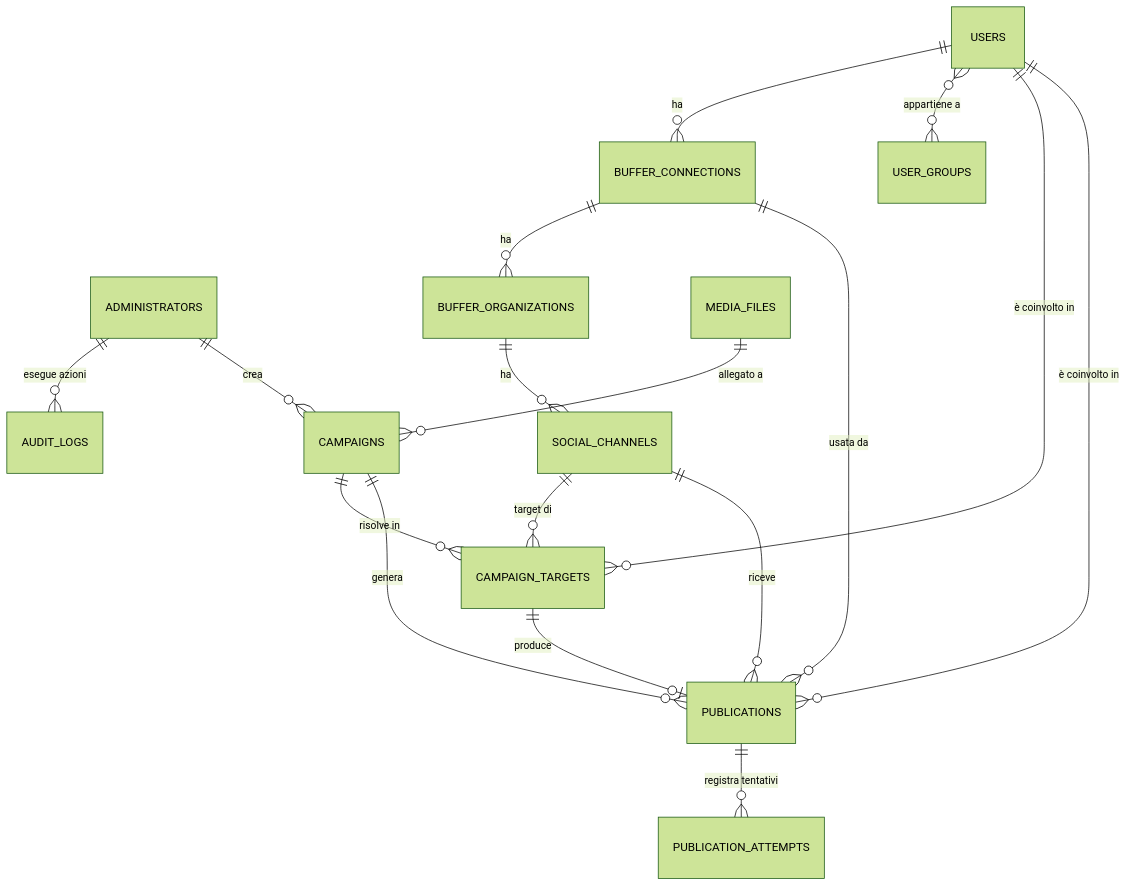
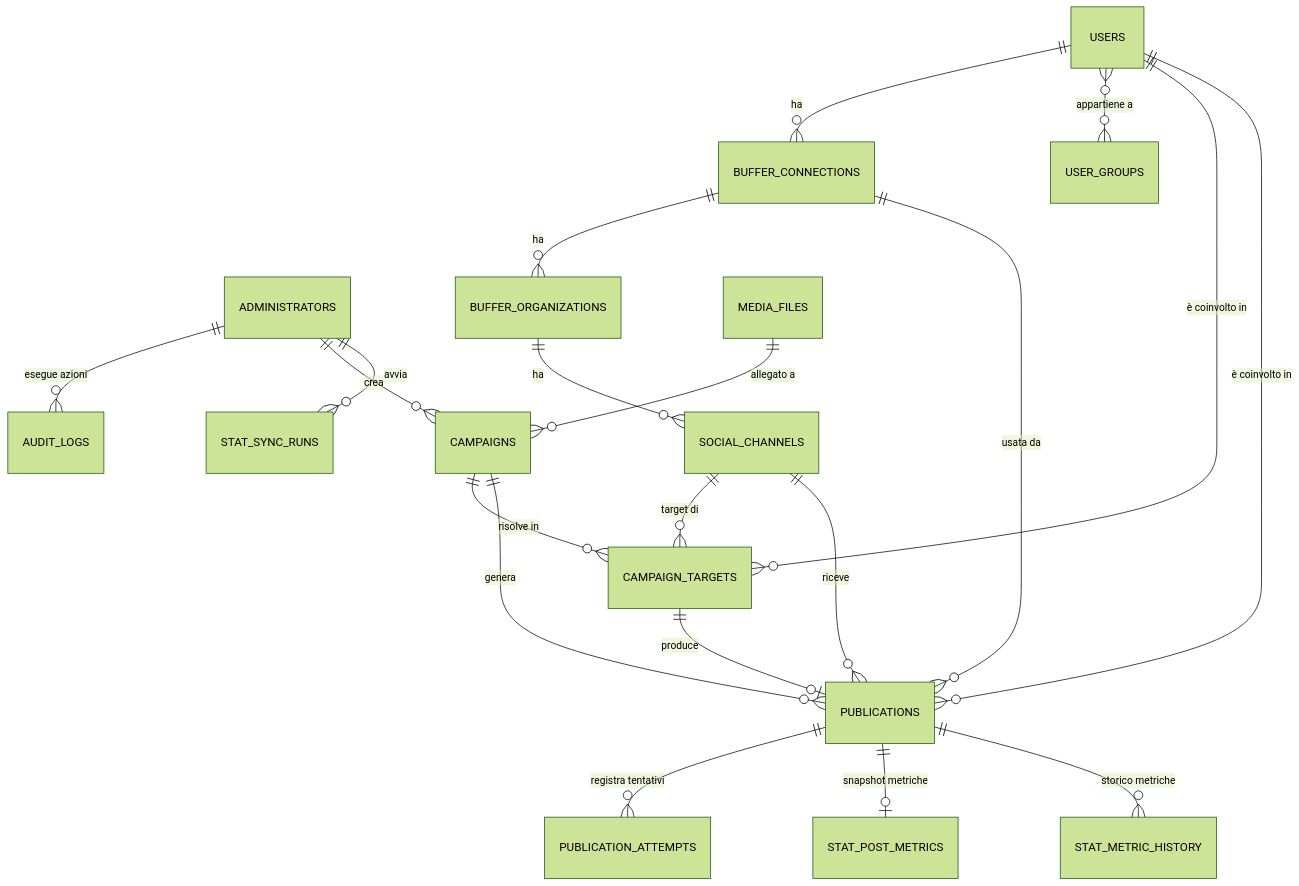
The diagram in docs/DATABASE.md (raphaelcodeart/agi-agent), drawn with Mermaid (forest theme) before and after one commit. The commit also changed other lines of this file and 25 other files, not shown here.

First line of the commit message:
Add Statistiche module: persisted, browsable Buffer post metrics

````diff
--- a/docs/DATABASE.md
+++ b/docs/DATABASE.md
@@ -59,25 +62,29 @@
 ```mermaid
 erDiagram
     ADMINISTRATORS ||--o{ AUDIT_LOGS : "esegue azioni"
     ADMINISTRATORS ||--o{ CAMPAIGNS : "crea"
 
     USERS ||--o{ BUFFER_CONNECTIONS : "ha"
     USERS }o--o{ USER_GROUPS : "appartiene a"
     USERS ||--o{ CAMPAIGN_TARGETS : "è coinvolto in"
     USERS ||--o{ PUBLICATIONS : "è coinvolto in"
 
     BUFFER_CONNECTIONS ||--o{ BUFFER_ORGANIZATIONS : "ha"
     BUFFER_ORGANIZATIONS ||--o{ SOCIAL_CHANNELS : "ha"
     BUFFER_CONNECTIONS ||--o{ PUBLICATIONS : "usata da"
 
     SOCIAL_CHANNELS ||--o{ CAMPAIGN_TARGETS : "target di"
     SOCIAL_CHANNELS ||--o{ PUBLICATIONS : "riceve"
 
     MEDIA_FILES ||--o{ CAMPAIGNS : "allegato a"
 
     CAMPAIGNS ||--o{ CAMPAIGN_TARGETS : "risolve in"
     CAMPAIGNS ||--o{ PUBLICATIONS : "genera"
 
     CAMPAIGN_TARGETS ||--o| PUBLICATIONS : "produce"
     PUBLICATIONS ||--o{ PUBLICATION_ATTEMPTS : "registra tentativi"
+
+    PUBLICATIONS ||--o| STAT_POST_METRICS : "snapshot metriche"
+    PUBLICATIONS ||--o{ STAT_METRIC_HISTORY : "storico metriche"
+    ADMINISTRATORS ||--o{ STAT_SYNC_RUNS : "avvia"
 ```
````
